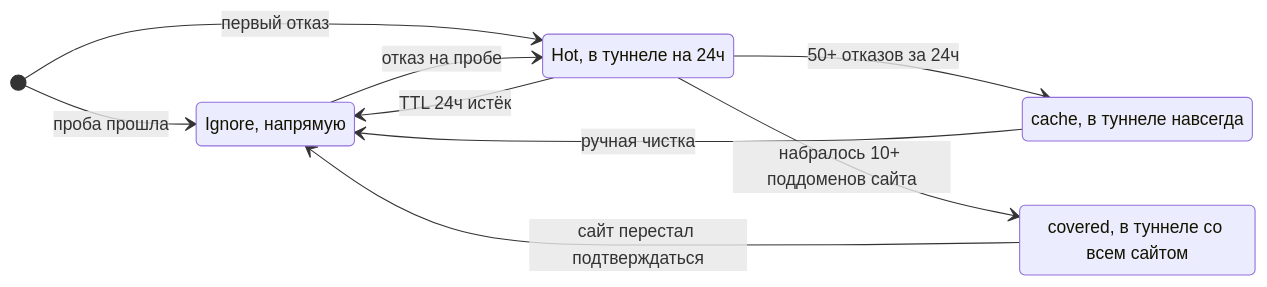
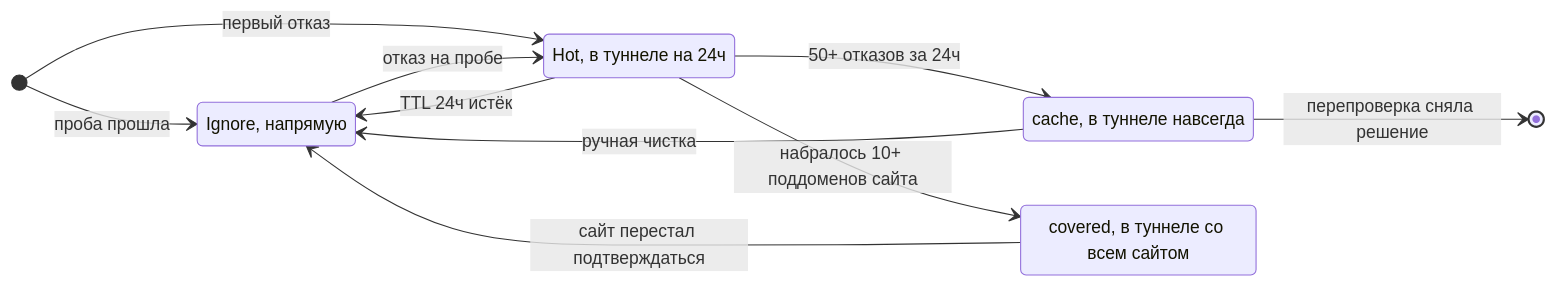
The first of 2 diagrams in docs/methodology.md (belotserkovtsev/Ladon), drawn with Mermaid before and after one commit. The commit also changed other lines of this file and 3 other files, not shown here.

````diff
--- a/docs/methodology.md
+++ b/docs/methodology.md
@@ -38,16 +39,17 @@
 ```mermaid
 stateDiagram-v2
     direction LR
     [*] --> Ignore: проба прошла
     [*] --> Hot: первый отказ
     Ignore --> Hot: отказ на пробе
     Hot --> cache: 50+ отказов за 24ч
     Hot --> Ignore: TTL 24ч истёк
     Hot --> covered: набралось 10+ поддоменов сайта
     cache --> Ignore: ручная чистка
+    cache --> [*]: перепроверка сняла решение
     covered --> Ignore: сайт перестал подтверждаться
     Ignore: Ignore, напрямую
     Hot: Hot, в туннеле на 24ч
     cache: cache, в туннеле навсегда
     covered: covered, в туннеле со всем сайтом
 ```
````
